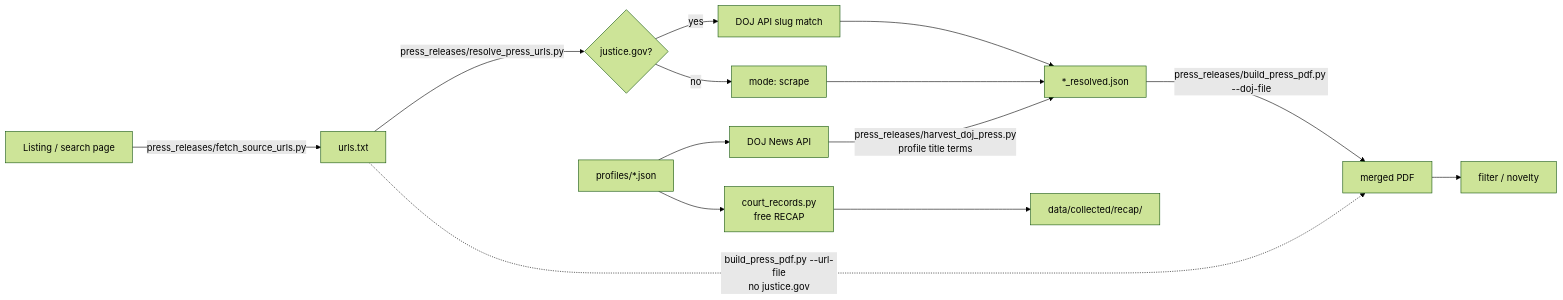
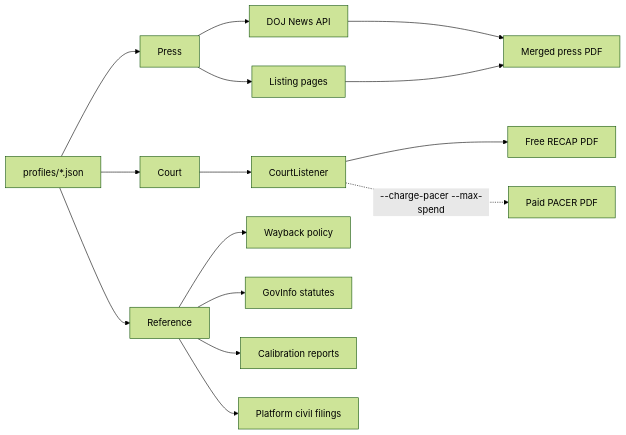
The diagram in collector/README.md (mrinaalr/CaseNoesis), drawn with Mermaid (forest theme) before and after one commit. The commit also changed other lines of this file and 3 other files, not shown here.

Commit message:
document press, court, and reference records as equal collector paths

````diff
--- a/collector/README.md
+++ b/collector/README.md
@@ -11,16 +13,17 @@
 ```mermaid
 flowchart LR
-    A["Listing / search page"] -->|"press_releases/fetch_source_urls.py"| B["urls.txt"]
-    API["DOJ News API"] -->|"press_releases/harvest_doj_press.py<br/>profile title terms"| F["*_resolved.json"]
-    B -->|"press_releases/resolve_press_urls.py"| C{"justice.gov?"}
-    C -->|"yes"| D["DOJ API slug match"]
-    C -->|"no"| E["mode: scrape"]
-    D --> F
-    E --> F
-    F -->|"press_releases/build_press_pdf.py --doj-file"| G["merged PDF"]
-    B -.->|"build_press_pdf.py --url-file<br/>no justice.gov"| G
-    G --> H["filter / novelty"]
-    Q["profiles/*.json"] --> API
-    Q --> CL["court_records.py<br/>free RECAP"]
-    CL --> R["data/collected/recap/"]
+    P["profiles/*.json"] --> PR["Press"]
+    P --> CT["Court"]
+    P --> RF["Reference"]
+    PR --> DOJ["DOJ News API"]
+    PR --> LIST["Listing pages"]
+    DOJ --> PDF["Merged press PDF"]
+    LIST --> PDF
+    CT --> CL["CourtListener"]
+    CL --> RECAP["Free RECAP PDF"]
+    CL -.->|"--charge-pacer --max-spend"| PACER["Paid PACER PDF"]
+    RF --> WB["Wayback policy"]
+    RF --> ST["GovInfo statutes"]
+    RF --> CAL["Calibration reports"]
+    RF --> LIT["Platform civil filings"]
 ```
````
